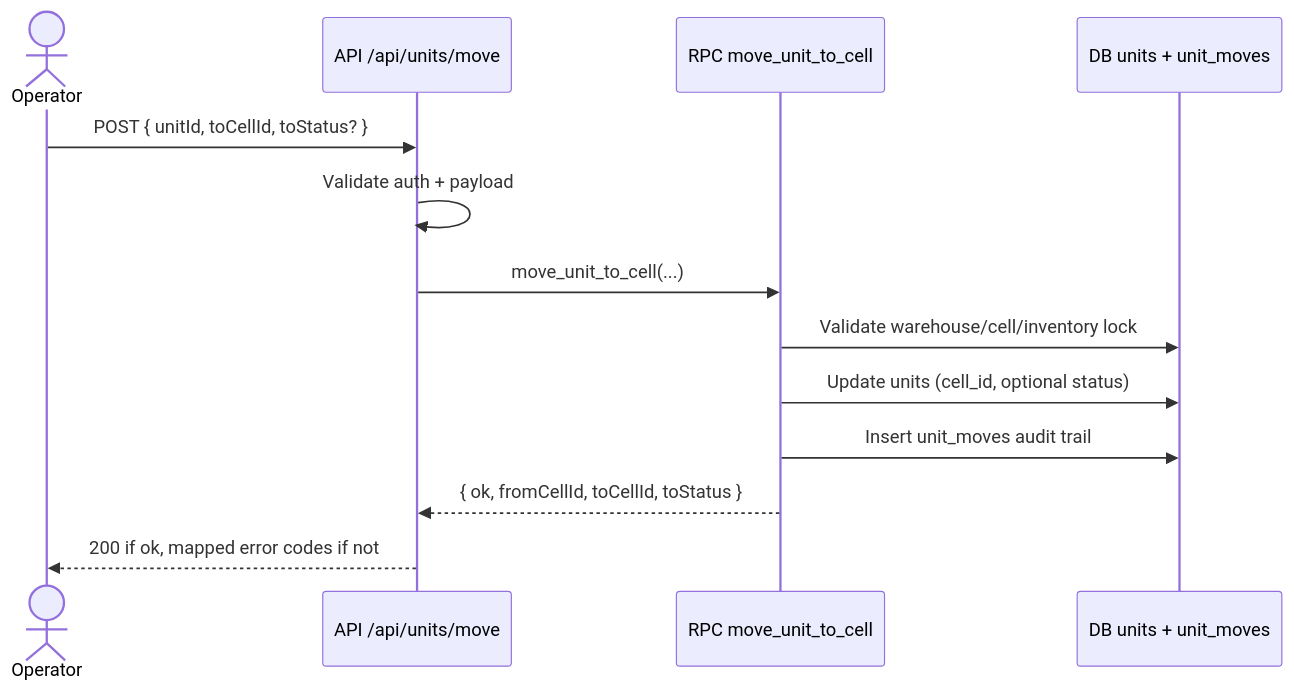
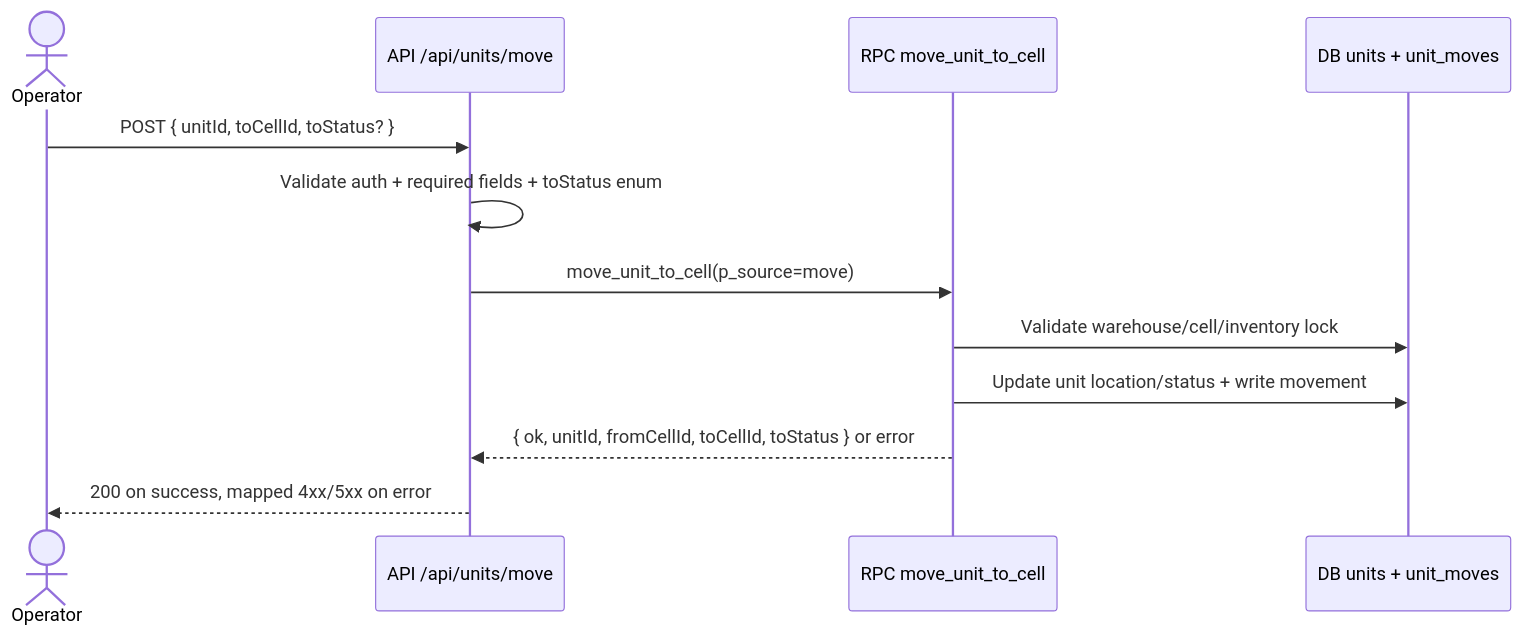
The first of 7 diagrams in docs/process/README.md (umutkara/warehouse), drawn with Mermaid before and after one commit. The commit also changed other lines of this file and 14 other files, not shown here.

````diff
--- a/docs/process/README.md
+++ b/docs/process/README.md
@@ -29,16 +31,15 @@
 ```mermaid
 sequenceDiagram
   actor Operator
   participant API as API /api/units/move
   participant RPC as RPC move_unit_to_cell
   participant DB as DB units + unit_moves
 
   Operator->>API: POST { unitId, toCellId, toStatus? }
-  API->>API: Validate auth + payload
-  API->>RPC: move_unit_to_cell(...)
+  API->>API: Validate auth + required fields + toStatus enum
+  API->>RPC: move_unit_to_cell(p_source=move)
   RPC->>DB: Validate warehouse/cell/inventory lock
-  RPC->>DB: Update units (cell_id, optional status)
-  RPC->>DB: Insert unit_moves audit trail
-  RPC-->>API: { ok, fromCellId, toCellId, toStatus }
-  API-->>Operator: 200 if ok, mapped error codes if not
+  RPC->>DB: Update unit location/status + write movement
+  RPC-->>API: { ok, unitId, fromCellId, toCellId, toStatus } or error
+  API-->>Operator: 200 on success, mapped 4xx/5xx on error
 ```
````
